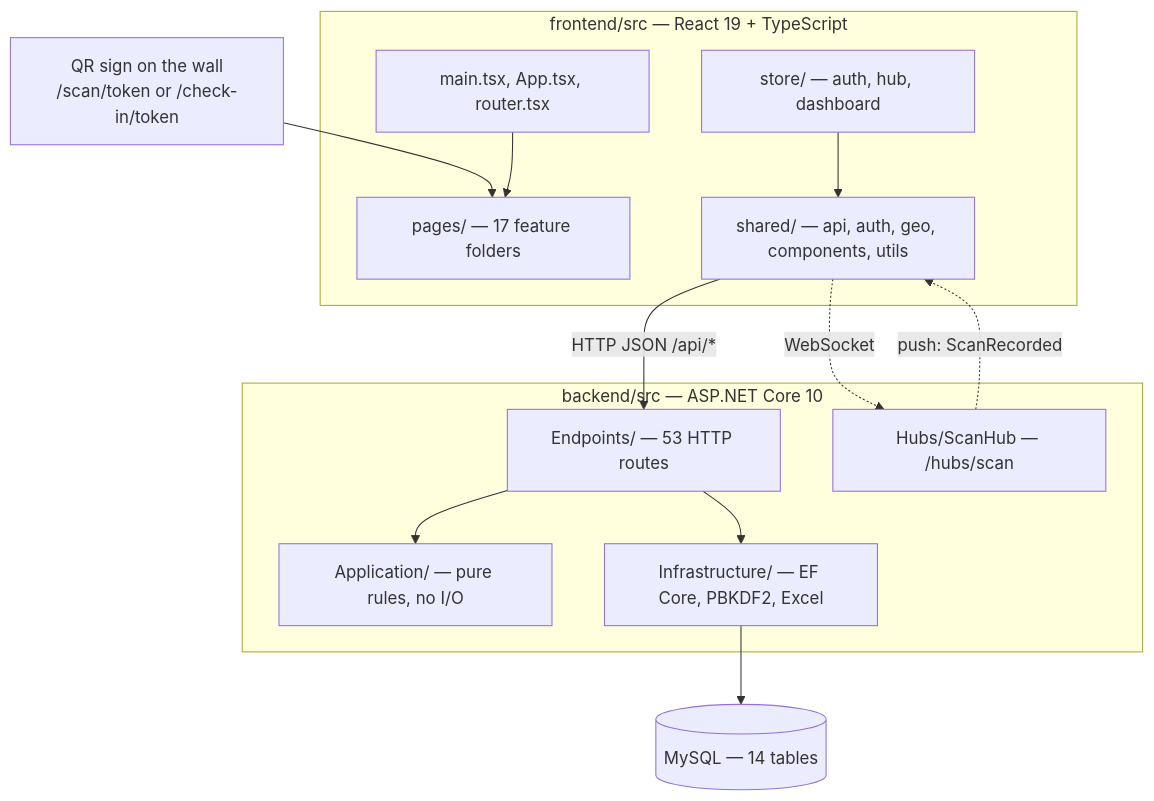
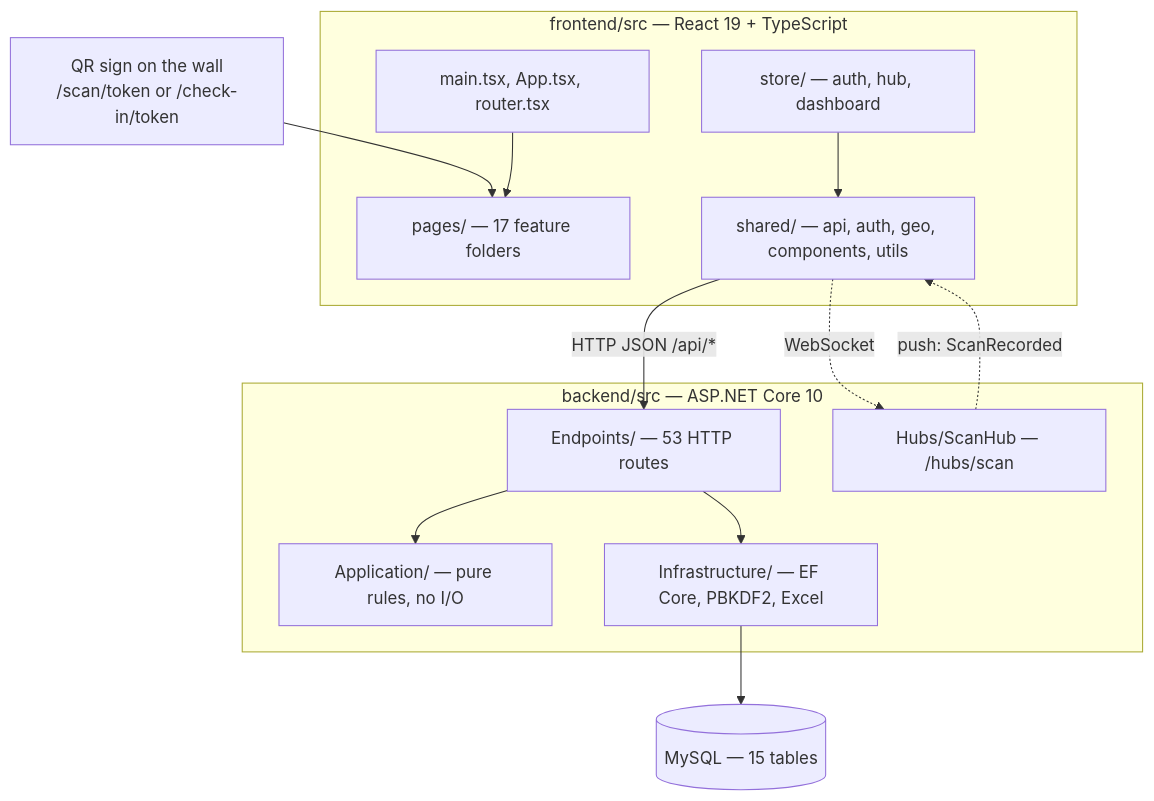
Before and after one commit to ThodsaphonSonthiphin/Facility-Real-time-dashboard: the first of 6 diagrams in docs/code-map.md, drawn with Mermaid. The commit also changed other lines of this file and 34 other files, not shown here.

````diff
--- a/docs/code-map.md
+++ b/docs/code-map.md
@@ -10,25 +10,25 @@
 ```mermaid
 graph TD
     QR["QR sign on the wall<br/>/scan/token or /check-in/token"] --> Pages
     subgraph FE["frontend/src — React 19 + TypeScript"]
         Pages["pages/ — 17 feature folders"]
         Shared["shared/ — api, auth, geo, components, utils"]
         Router["main.tsx, App.tsx, router.tsx"]
         Store["store/ — auth, hub, dashboard"]
     end
     subgraph BE["backend/src — ASP.NET Core 10"]
         Endpoints["Endpoints/ — 53 HTTP routes"]
         Rules["Application/ — pure rules, no I/O"]
         Persist["Infrastructure/ — EF Core, PBKDF2, Excel"]
         Hub["Hubs/ScanHub — /hubs/scan"]
     end
-    DB[("MySQL — 14 tables")]
+    DB[("MySQL — 15 tables")]
     Shared -->|"HTTP JSON /api/*"| Endpoints
     Shared -.->|"WebSocket"| Hub
     Hub -.->|"push: ScanRecorded"| Shared
     Endpoints --> Rules
     Endpoints --> Persist
     Persist --> DB
     Router --> Pages
     Store --> Shared
 ```
````
